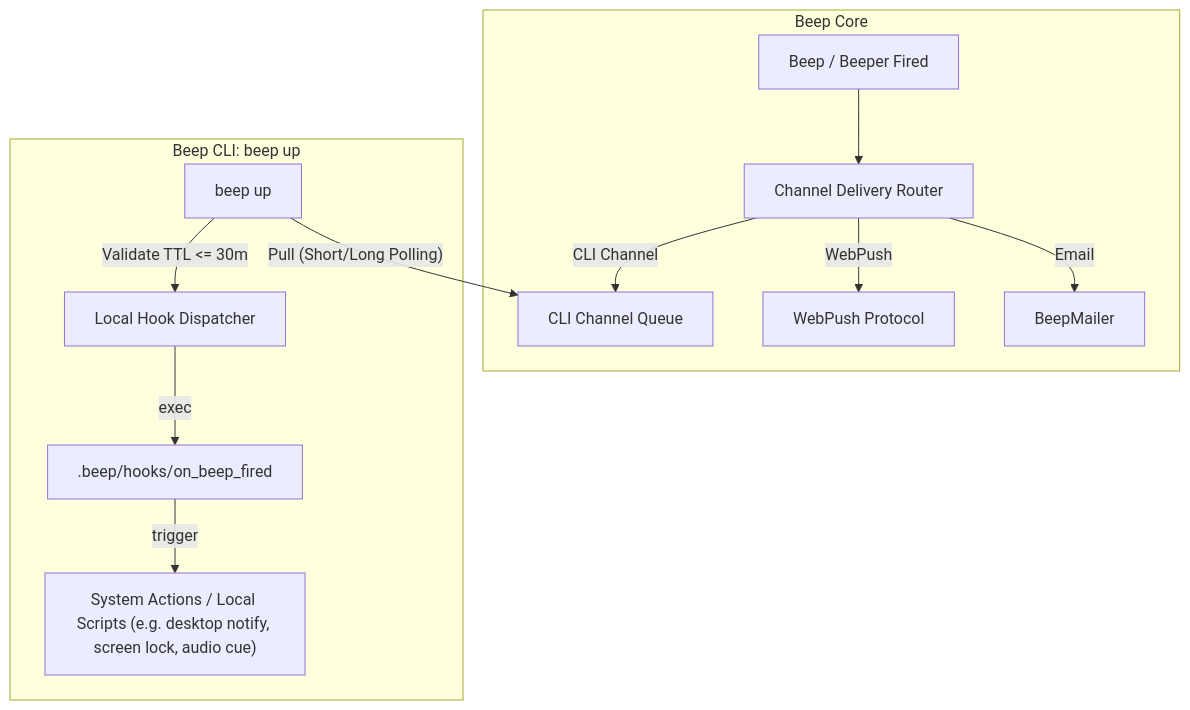
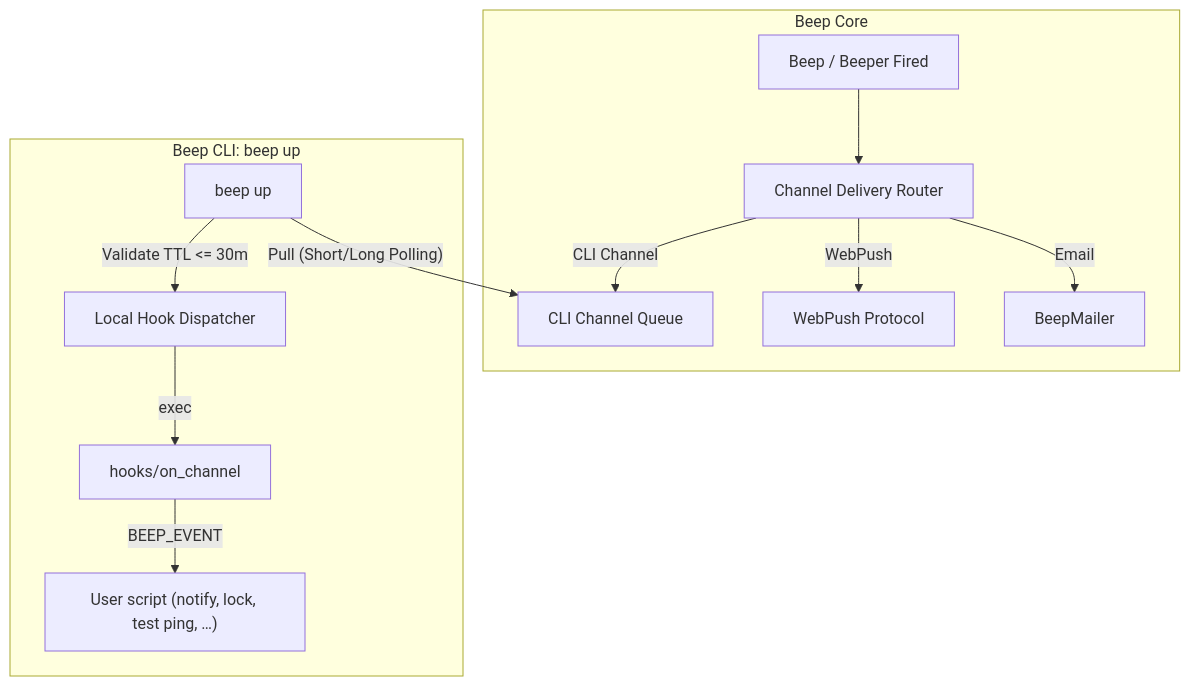
Before and after one commit to yuler/beep: the diagram in docs/architecture/channel.md, drawn with Mermaid. The commit also changed other lines of this file and 8 other files, not shown here.

First line of the commit message:
♻️ [channel] Run CLI inbox deliveries through one on_channel hook

````diff
--- a/docs/architecture/channel.md
+++ b/docs/architecture/channel.md
@@ -9,16 +9,16 @@
 ```mermaid
 flowchart TD
   subgraph Cloud [Beep Core]
     Beep["Beep / Beeper Fired"] --> Router[Channel Delivery Router]
     Router -->|Email| Mail[BeepMailer]
     Router -->|WebPush| FCM[WebPush Protocol]
     Router -->|CLI Channel| CliInbox[CLI Channel Queue]
   end
 
   subgraph Host ["Beep CLI: beep up"]
     Daemon["beep up"] -->|"Pull (Short/Long Polling)"| CliInbox
     Daemon -->|"Validate TTL <= 30m"| HookRunner[Local Hook Dispatcher]
-    HookRunner -->|exec| Hook[".beep/hooks/on_beep_fired"]
-    Hook -->|trigger| Action["System Actions / Local Scripts (e.g. desktop notify, screen lock, audio cue)"]
+    HookRunner -->|exec| OnChannel["hooks/on_channel"]
+    OnChannel -->|BEEP_EVENT| Action["User script (notify, lock, test ping, …)"]
   end
 ```
````
